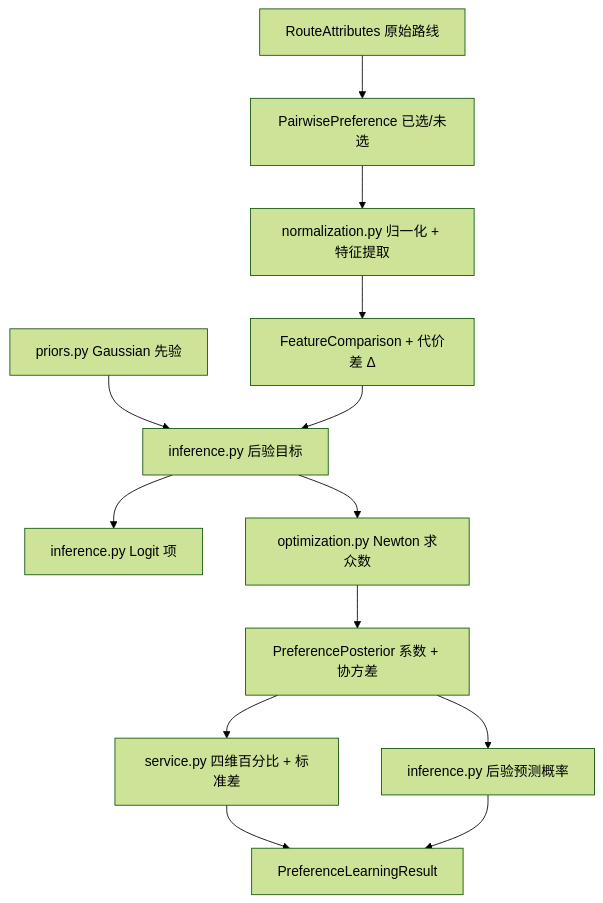
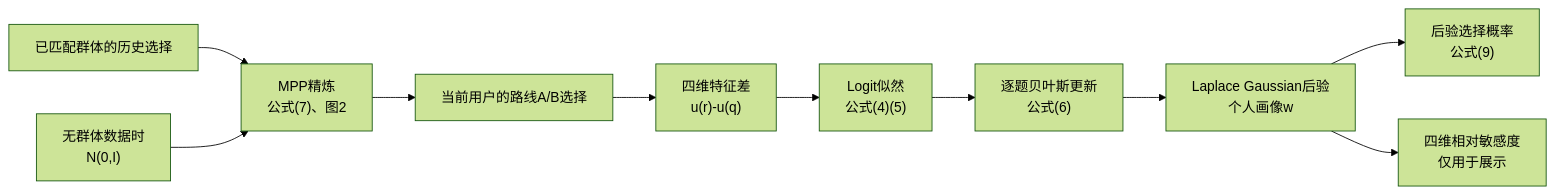
Before and after one commit to PureLearning-dev/personalized-route-recommendation-service: the diagram in src/profile/FAVOUR实现与模块交互说明.md, drawn with Mermaid (forest theme). The commit also changed other lines of this file and 4 other files, not shown here.

````diff
--- a/src/profile/FAVOUR实现与模块交互说明.md
+++ b/src/profile/FAVOUR实现与模块交互说明.md
@@ -190,15 +15,12 @@
 ```mermaid
-flowchart TD
-    A["RouteAttributes 原始路线"] --> B["PairwisePreference 已选/未选"]
-    B --> D["normalization.py 归一化 + 特征提取"]
-    D --> E["FeatureComparison + 代价差 Δ"]
-    P["priors.py Gaussian 先验"] --> I["inference.py 后验目标"]
-    E --> I
-    I --> L["inference.py Logit 项"]
-    I --> O["optimization.py Newton 求众数"]
-    O --> H["PreferencePosterior 系数 + 协方差"]
-    H --> R["service.py 四维百分比 + 标准差"]
-    H --> Q["inference.py 后验预测概率"]
-    R --> S["PreferenceLearningResult"]
-    Q --> S
+flowchart LR
+    A["已匹配群体的历史选择"] --> B["MPP精炼<br/>公式(7)、图2"]
+    P["无群体数据时<br/>N(0,I)"] --> B
+    B --> C["当前用户的路线A/B选择"]
+    C --> D["四维特征差<br/>u(r)-u(q)"]
+    D --> E["Logit似然<br/>公式(4)(5)"]
+    E --> F["逐题贝叶斯更新<br/>公式(6)"]
+    F --> G["Laplace Gaussian后验<br/>个人画像w"]
+    G --> H["后验选择概率<br/>公式(9)"]
+    G --> I["四维相对敏感度<br/>仅用于展示"]
 ```
````
